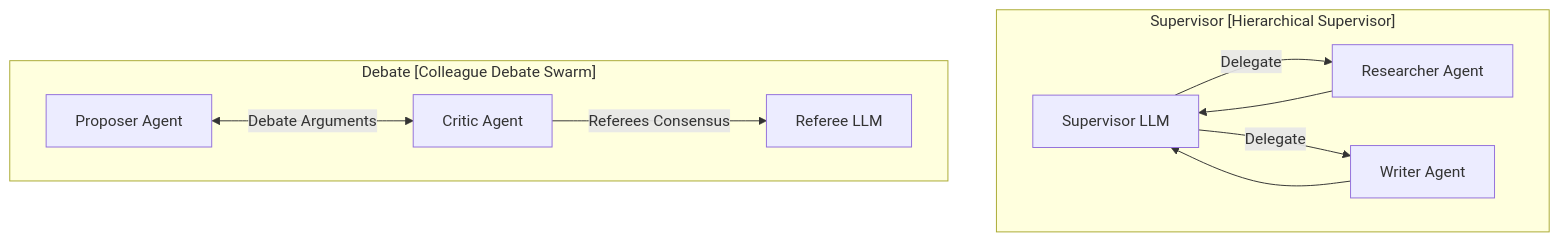
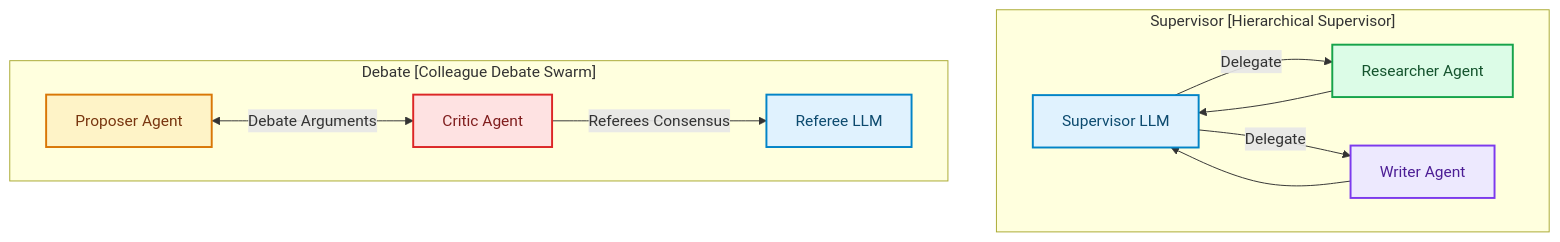
One commit to akmalkhaniub/akmalkhaniub.github.io changed the eighth of 8 diagrams in blog/posts/agentic-ai-architectures.md. Above: the diagram before and after it, drawn with Mermaid. The commit also changed other lines of this file and 1291 other files, not shown here.

First line of the commit message:
feat(catalog): unique covers, scholarly references, and diagram palettes

````diff
--- a/blog/posts/agentic-ai-architectures.md
+++ b/blog/posts/agentic-ai-architectures.md
@@ -163,14 +239,25 @@
 ```mermaid
 flowchart TD
     subgraph SG3_SupervisorHierarchicalSupervisor ["Supervisor [Hierarchical Supervisor]"]
-        S[Supervisor LLM] -->|Delegate| Worker1[Researcher Agent]
-        S -->|Delegate| Worker2[Writer Agent]
+        S["Supervisor LLM"] -->|Delegate| Worker1["Researcher Agent"]
+        S -->|Delegate| Worker2["Writer Agent"]
         Worker1 --> S
         Worker2 --> S
       end
       
       subgraph SG4_DebateColleagueDebate ["Debate [Colleague Debate Swarm]"]
-        D1[Proposer Agent] <-->|Debate Arguments| D2[Critic Agent]
-        D2 -->|Referees Consensus| Ref[Referee LLM]
+        D1["Proposer Agent"] <-->|Debate Arguments| D2["Critic Agent"]
+        D2 -->|Referees Consensus| Ref["Referee LLM"]
       end
+
+classDef green fill:#dcfce7,stroke:#16a34a,stroke-width:2px,color:#14532d;
+classDef red fill:#fee2e2,stroke:#dc2626,stroke-width:2px,color:#7f1d1d;
+classDef blue fill:#e0f2fe,stroke:#0284c7,stroke-width:2px,color:#0c4a6e;
+classDef yellow fill:#fef3c7,stroke:#d97706,stroke-width:2px,color:#78350f;
+classDef purple fill:#ede9fe,stroke:#7c3aed,stroke-width:2px,color:#4c1d95;
+class S,Ref blue
+class Worker1 green
+class Worker2 purple
+class D1 yellow
+class D2 red
 ```
````
